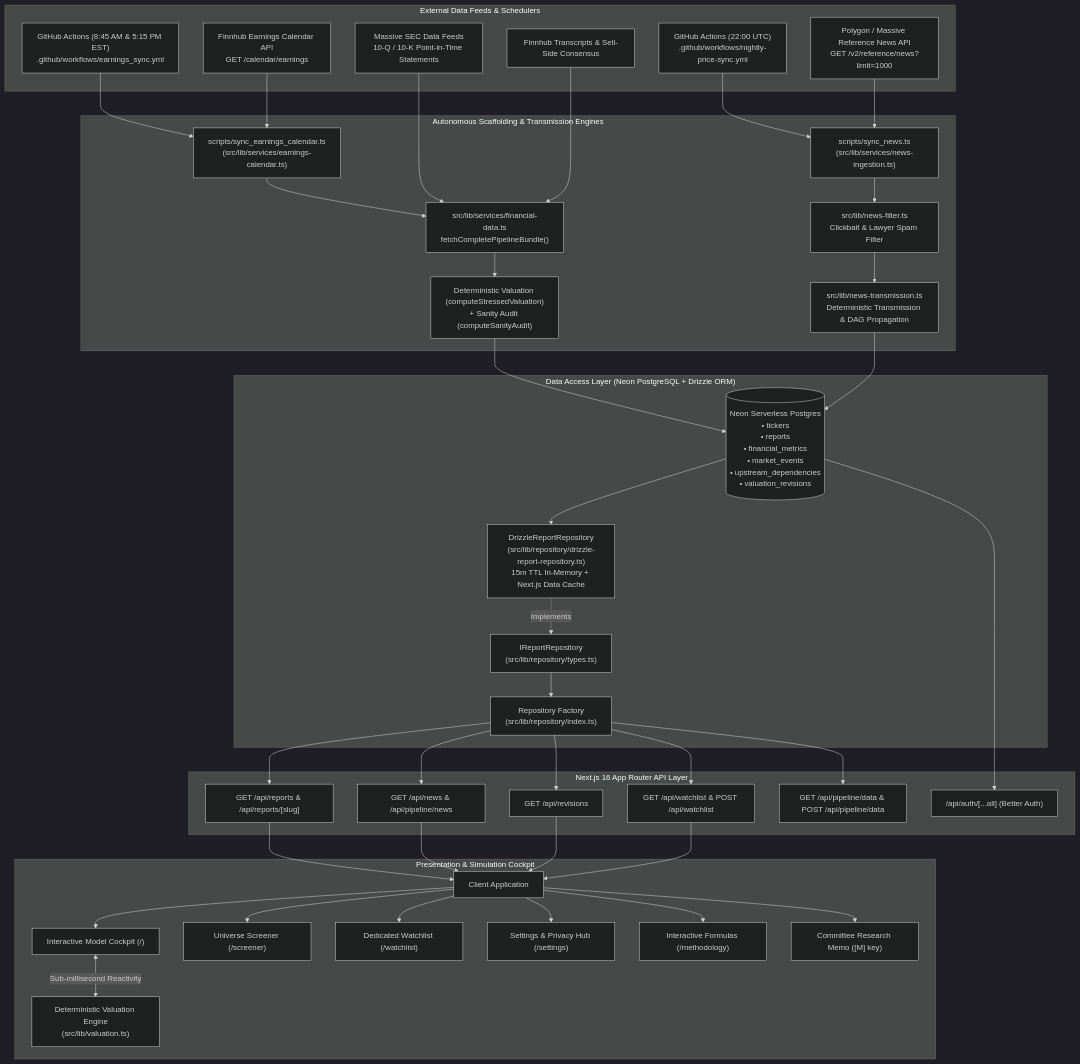
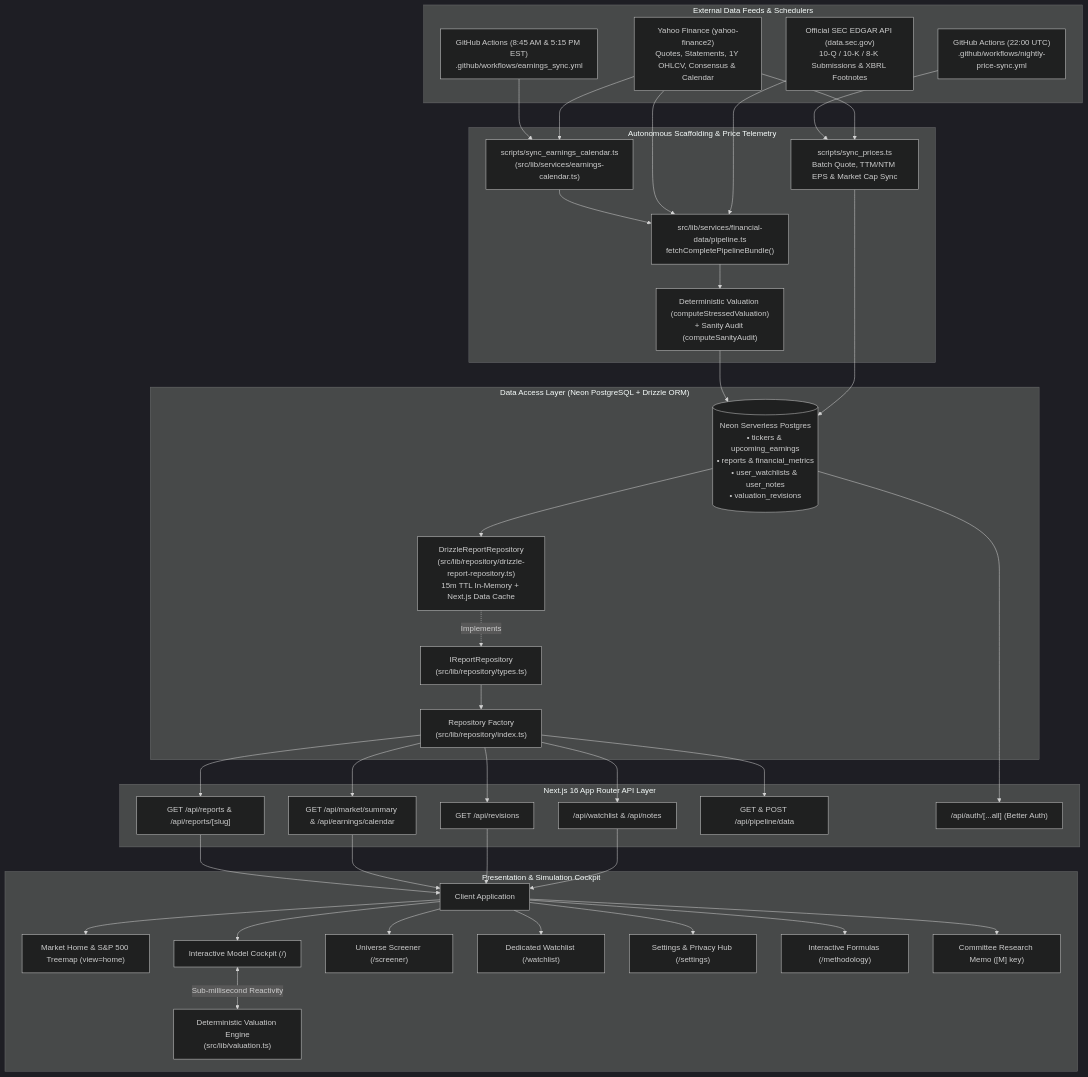
Before and after one commit to phanturne/stress-alpha: the first of 9 diagrams in docs/architecture.md, drawn with Mermaid (dark theme). The commit also changed other lines of this file and 3 other files, not shown here.

Commit message:
docs: sync README and architecture docs with recent pipeline & UI commits (#31)

````diff
--- a/docs/architecture.md
+++ b/docs/architecture.md
@@ -28,54 +28,51 @@
 ```mermaid
 flowchart TB
     subgraph DataSources["External Data Feeds & Schedulers"]
-        FinnhubCal["Finnhub Earnings Calendar API\nGET /calendar/earnings"]
-        PolygonNews["Polygon / Massive Reference News API\nGET /v2/reference/news?limit=1000"]
-        MassiveSEC["Massive SEC Data Feeds\n10-Q / 10-K Point-in-Time Statements"]
-        FinnhubTranscripts["Finnhub Transcripts & Sell-Side Consensus"]
+        YahooAPI["Yahoo Finance (yahoo-finance2)\nQuotes, Statements, 1Y OHLCV, Consensus & Calendar"]
+        SecEdgar["Official SEC EDGAR API (data.sec.gov)\n10-Q / 10-K / 8-K Submissions & XBRL Footnotes"]
         CronEarnings["GitHub Actions (8:45 AM & 5:15 PM EST)\n.github/workflows/earnings_sync.yml"]
         CronNightly["GitHub Actions (22:00 UTC)\n.github/workflows/nightly-price-sync.yml"]
     end
 
-    subgraph AutonomousEngines["Autonomous Scaffolding & Transmission Engines"]
+    subgraph AutonomousEngines["Autonomous Scaffolding & Price Telemetry"]
         CronEarnings --> IngestCal["scripts/sync_earnings_calendar.ts\n(src/lib/services/earnings-calendar.ts)"]
-        FinnhubCal --> IngestCal
-        IngestCal --> Scaffolder["src/lib/services/financial-data.ts\nfetchCompletePipelineBundle()"]
-        MassiveSEC & FinnhubTranscripts --> Scaffolder
+        YahooAPI --> IngestCal
+        IngestCal --> Scaffolder["src/lib/services/financial-data/pipeline.ts\nfetchCompletePipelineBundle()"]
+        YahooAPI & SecEdgar --> Scaffolder
         Scaffolder --> EvalPipeline["Deterministic Valuation (computeStressedValuation)\n+ Sanity Audit (computeSanityAudit)"]
 
-        CronNightly --> IngestNews["scripts/sync_news.ts\n(src/lib/services/news-ingestion.ts)"]
-        PolygonNews --> IngestNews
-        IngestNews --> NewsFilter["src/lib/news-filter.ts\nClickbait & Lawyer Spam Filter"]
-        NewsFilter --> NewsTransmission["src/lib/news-transmission.ts\nDeterministic Transmission & DAG Propagation"]
+        CronNightly --> SyncPrices["scripts/sync_prices.ts\nBatch Quote, TTM/NTM EPS & Market Cap Sync"]
+        YahooAPI --> SyncPrices
     end
 
     subgraph StorageLayer["Data Access Layer (Neon PostgreSQL + Drizzle ORM)"]
-        EvalPipeline --> NeonDB[("Neon Serverless Postgres\n• tickers\n• reports\n• financial_metrics\n• market_events\n• upstream_dependencies\n• valuation_revisions")]
-        NewsTransmission --> NeonDB
+        EvalPipeline --> NeonDB[("Neon Serverless Postgres\n• tickers & upcoming_earnings\n• reports & financial_metrics\n• user_watchlists & user_notes\n• valuation_revisions")]
+        SyncPrices --> NeonDB
         
         NeonDB --> DAL["DrizzleReportRepository\n(src/lib/repository/drizzle-report-repository.ts)\n15m TTL In-Memory + Next.js Data Cache"]
         DAL -.->|"Implements"| IRepo["IReportRepository\n(src/lib/repository/types.ts)"]
         IRepo --> Factory["Repository Factory\n(src/lib/repository/index.ts)"]
     end
 
     subgraph APILayer["Next.js 16 App Router API Layer"]
         Factory --> APIReports["GET /api/reports & /api/reports/[slug]"]
-        Factory --> APINews["GET /api/news & /api/pipeline/news"]
+        Factory --> APIMarket["GET /api/market/summary & /api/earnings/calendar"]
         Factory --> APIRevisions["GET /api/revisions"]
-        Factory --> APIWatchlist["GET /api/watchlist & POST /api/watchlist"]
-        Factory --> APIPipeline["GET /api/pipeline/data & POST /api/pipeline/data"]
+        Factory --> APIWatchlist["/api/watchlist & /api/notes"]
+        Factory --> APIPipeline["GET & POST /api/pipeline/data"]
         NeonDB --> APIAuth["/api/auth/[...all] (Better Auth)"]
     end
 
     subgraph PresentationLayer["Presentation & Simulation Cockpit"]
-        APIReports & APINews & APIRevisions & APIWatchlist --> ClientPages["Client Application"]
+        APIReports & APIMarket & APIRevisions & APIWatchlist --> ClientPages["Client Application"]
+        ClientPages --> MarketHome["Market Home & S&P 500 Treemap (view=home)"]
         ClientPages --> Dashboard["Interactive Model Cockpit (/)"]
         ClientPages --> Screener["Universe Screener (/screener)"]
         ClientPages --> Watchlist["Dedicated Watchlist (/watchlist)"]
         ClientPages --> Settings["Settings & Privacy Hub (/settings)"]
         ClientPages --> Methodology["Interactive Formulas (/methodology)"]
         ClientPages --> Memo["Committee Research Memo ([M] key)"]
 
         Dashboard <-->|"Sub-millisecond Reactivity"| ValEngine["Deterministic Valuation Engine\n(src/lib/valuation.ts)"]
     end
 ```
````
